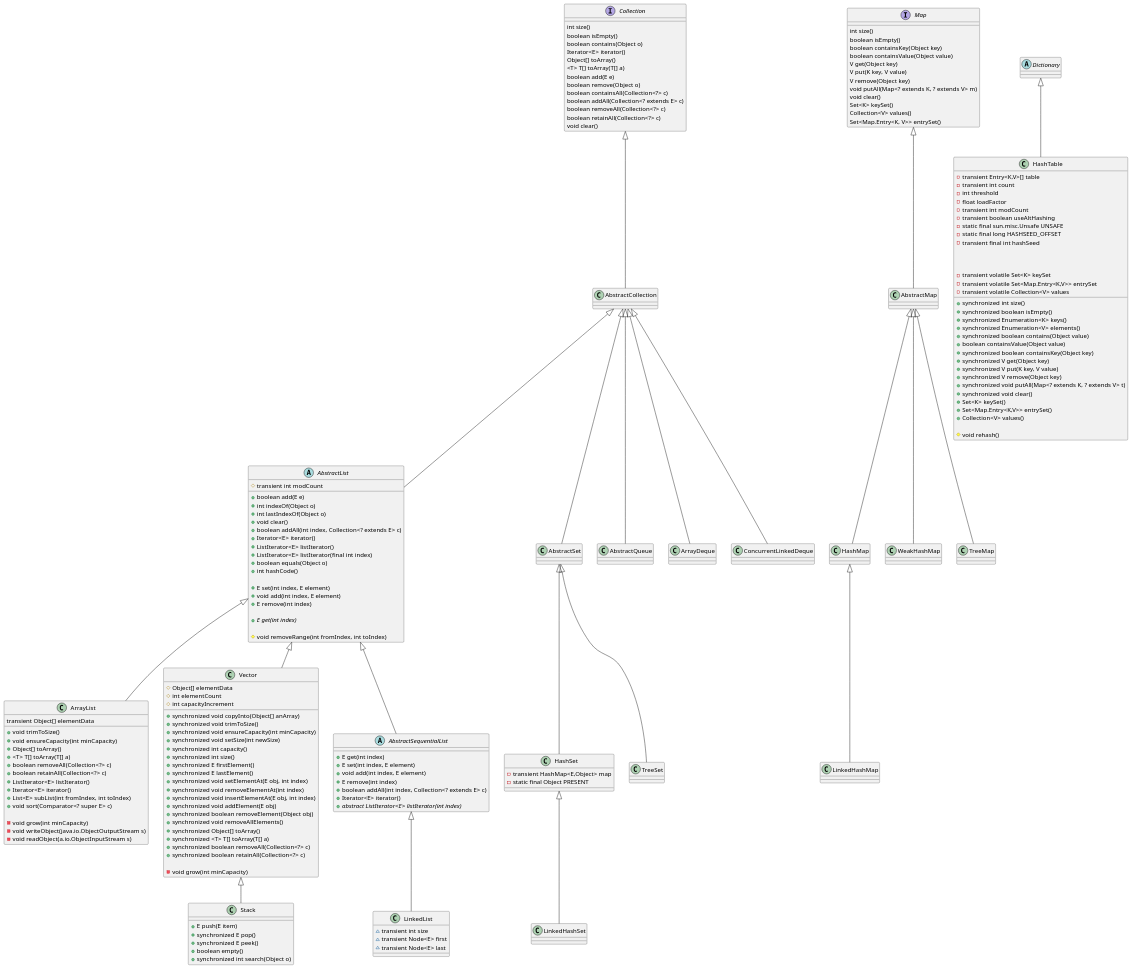
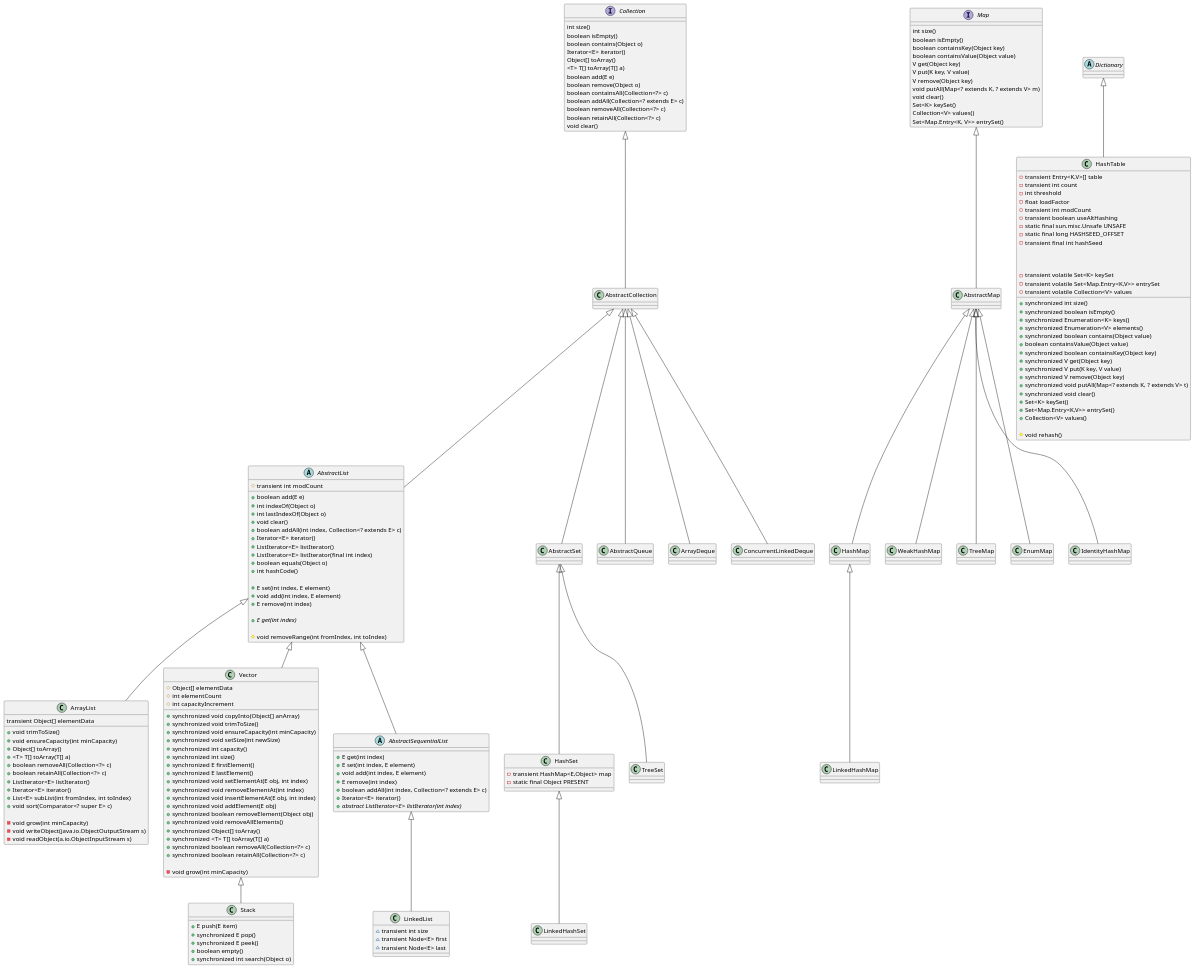
The diagram in java.plantuml (cmoaciopm/JavaTest), drawn with PlantUML before and after one commit. The commit also changed 2 other files, not shown here.

Commit message:
Add cases for EnumMap and IdentifyHashMap

```diff
--- a/java.plantuml
+++ b/java.plantuml
@@ -198,6 +198,8 @@
     HashMap <|-- LinkedHashMap
   AbstractMap <|-- WeakHashMap
   AbstractMap <|-- TreeMap
+  AbstractMap <|-- EnumMap
+  AbstractMap <|-- IdentityHashMap
 
 Dictionary <|-- HashTable
 
```
